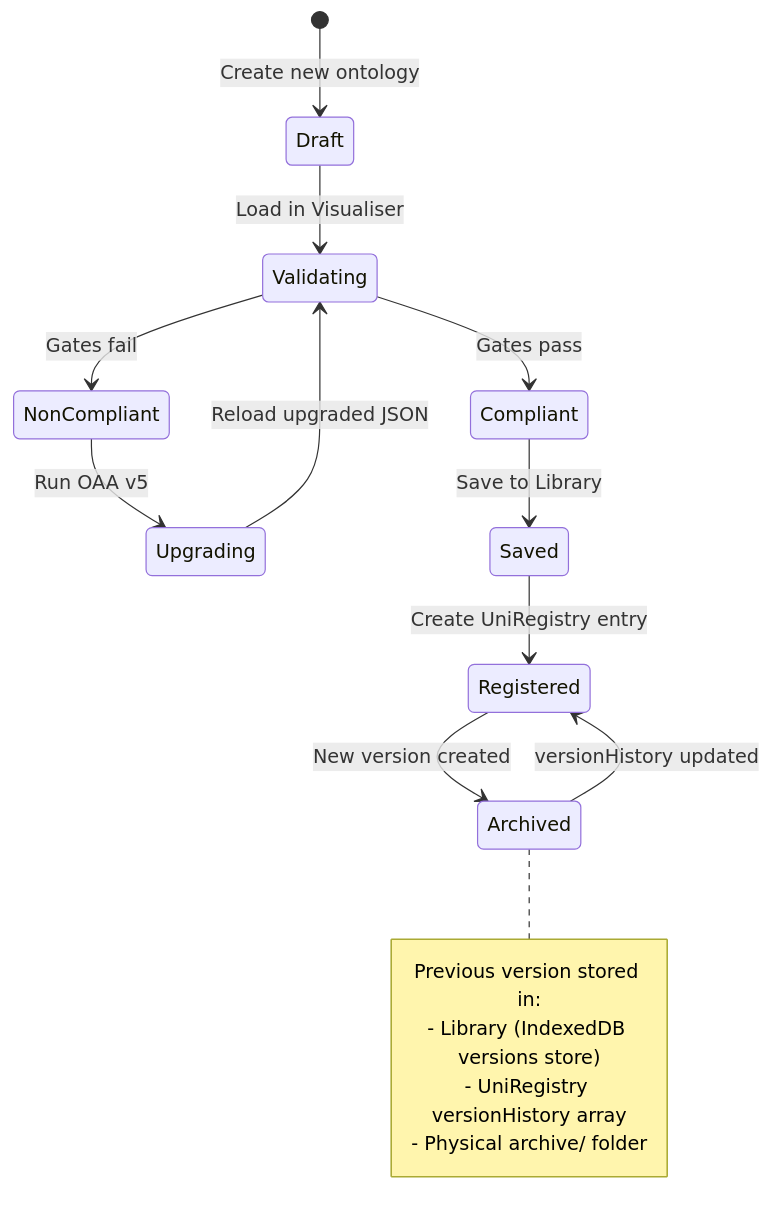
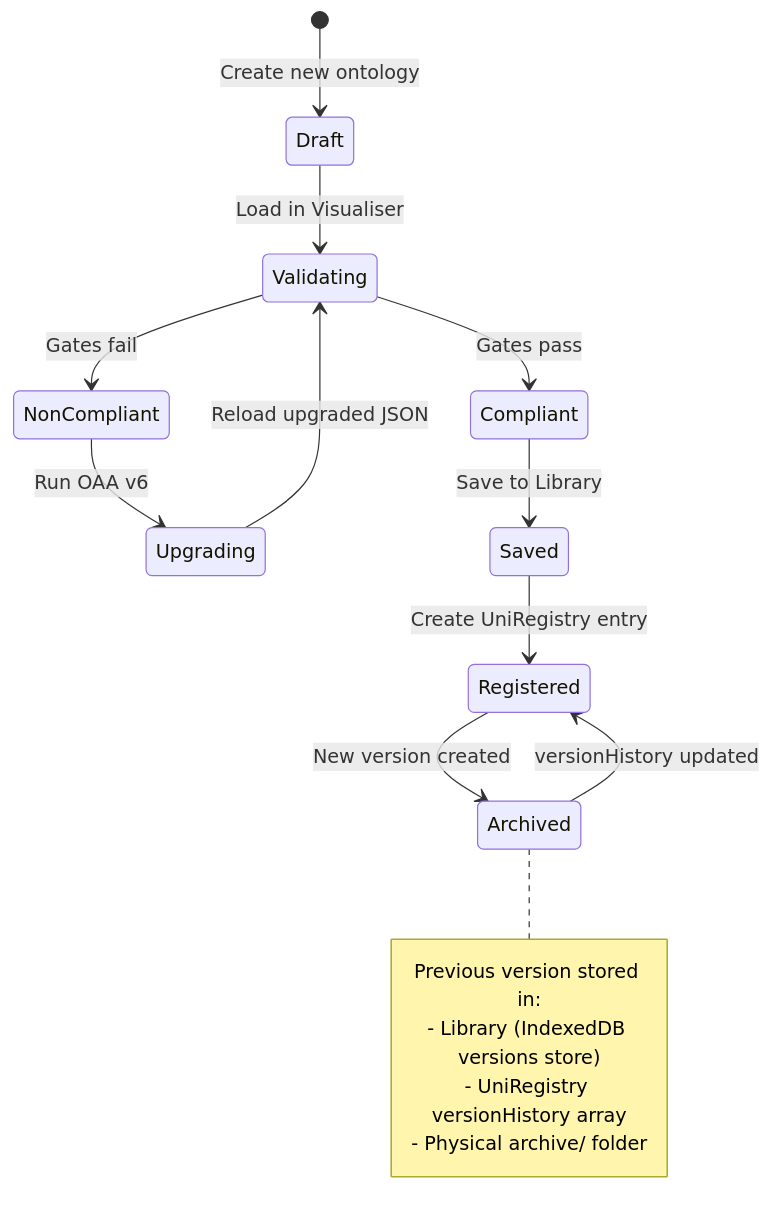
Before and after one commit to ajrmooreuk/Azlan-EA-AAA: the fourth of 4 diagrams in PBS/TOOLS/ontology-visualiser/OAA-WORKBENCH-GUIDE.md, drawn with Mermaid. The commit also changed other lines of this file and 4 other files, not shown here.

````diff
--- a/PBS/TOOLS/ontology-visualiser/OAA-WORKBENCH-GUIDE.md
+++ b/PBS/TOOLS/ontology-visualiser/OAA-WORKBENCH-GUIDE.md
@@ -157,23 +157,23 @@
 ```mermaid
 stateDiagram-v2
     [*] --> Draft: Create new ontology
     Draft --> Validating: Load in Visualiser
     Validating --> NonCompliant: Gates fail
     Validating --> Compliant: Gates pass
 
-    NonCompliant --> Upgrading: Run OAA v5
+    NonCompliant --> Upgrading: Run OAA v6
     Upgrading --> Validating: Reload upgraded JSON
 
     Compliant --> Saved: Save to Library
     Saved --> Registered: Create UniRegistry entry
 
     Registered --> Archived: New version created
     Archived --> Registered: versionHistory updated
 
     note right of Archived
         Previous version stored in:
         - Library (IndexedDB versions store)
         - UniRegistry versionHistory array
         - Physical archive/ folder
     end note
 ```
````
